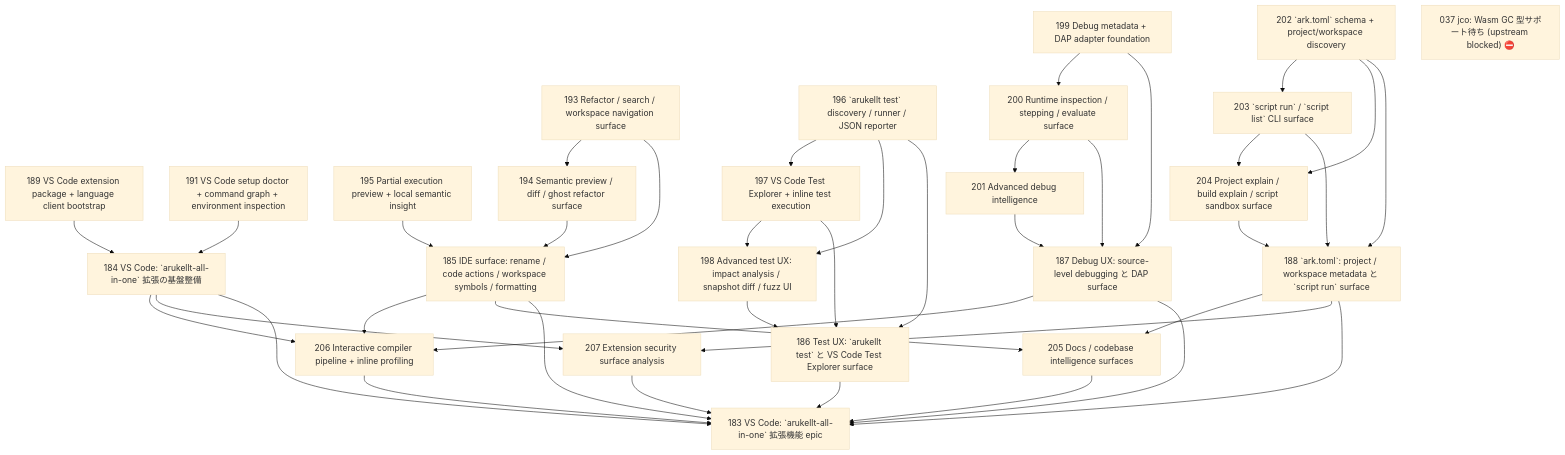
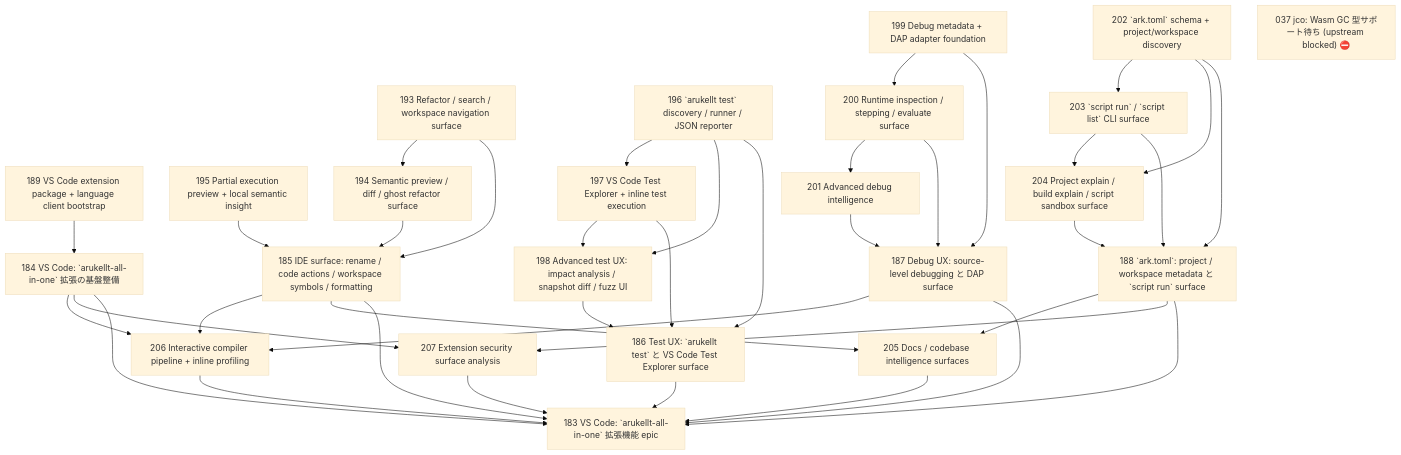
Before and after one commit to wogikaze/arukellt: the diagram in issues/open/dependency-graph.md, drawn with Mermaid (base theme). The commit also changed other lines of this file and 6 other files, not shown here.

First line of the commit message:
feat(191): add setup doctor and environment inspection tools

````diff
--- a/issues/open/dependency-graph.md
+++ b/issues/open/dependency-graph.md
@@ -7,65 +7,63 @@
 ```mermaid
 graph TD
   I189["189 VS Code extension package + language client bootstrap"]
-  I191["191 VS Code setup doctor + command graph + environment inspection"]
   I193["193 Refactor / search / workspace navigation surface"]
   I195["195 Partial execution preview + local semantic insight"]
   I196["196 `arukellt test` discovery / runner / JSON reporter"]
   I199["199 Debug metadata + DAP adapter foundation"]
   I202["202 `ark.toml` schema + project/workspace discovery"]
   I184["184 VS Code: `arukellt-all-in-one` 拡張の基盤整備"]
   I194["194 Semantic preview / diff / ghost refactor surface"]
   I197["197 VS Code Test Explorer + inline test execution"]
   I200["200 Runtime inspection / stepping / evaluate surface"]
   I203["203 `script run` / `script list` CLI surface"]
   I185["185 IDE surface: rename / code actions / workspace symbols / formatting"]
   I198["198 Advanced test UX: impact analysis / snapshot diff / fuzz UI"]
   I201["201 Advanced debug intelligence"]
   I204["204 Project explain / build explain / script sandbox surface"]
   I186["186 Test UX: `arukellt test` と VS Code Test Explorer surface"]
   I187["187 Debug UX: source-level debugging と DAP surface"]
   I188["188 `ark.toml`: project / workspace metadata と `script run` surface"]
   I206["206 Interactive compiler pipeline + inline profiling"]
   I205["205 Docs / codebase intelligence surfaces"]
   I207["207 Extension security surface analysis"]
   I183["183 VS Code: `arukellt-all-in-one` 拡張機能 epic"]
   I037["037 jco: Wasm GC 型サポート待ち (upstream blocked) ⛔"]
   I189 --> I184
-  I191 --> I184
   I193 --> I194
   I196 --> I197
   I199 --> I200
   I202 --> I203
   I193 --> I185
   I194 --> I185
   I195 --> I185
   I196 --> I198
   I197 --> I198
   I200 --> I201
   I202 --> I204
   I203 --> I204
   I196 --> I186
   I197 --> I186
   I198 --> I186
   I199 --> I187
   I200 --> I187
   I201 --> I187
   I202 --> I188
   I203 --> I188
   I204 --> I188
   I184 --> I206
   I185 --> I206
   I187 --> I206
   I185 --> I205
   I188 --> I205
   I184 --> I207
   I188 --> I207
   I184 --> I183
   I185 --> I183
   I186 --> I183
   I187 --> I183
   I188 --> I183
   I205 --> I183
   I206 --> I183
   I207 --> I183
 ```
````
